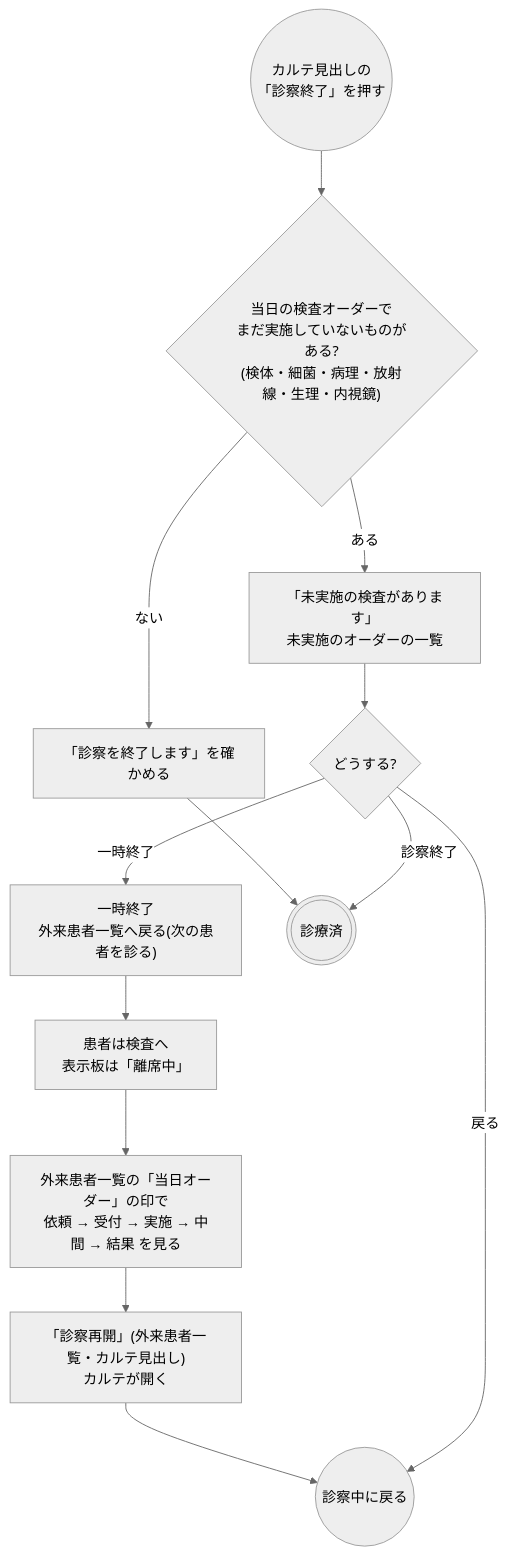
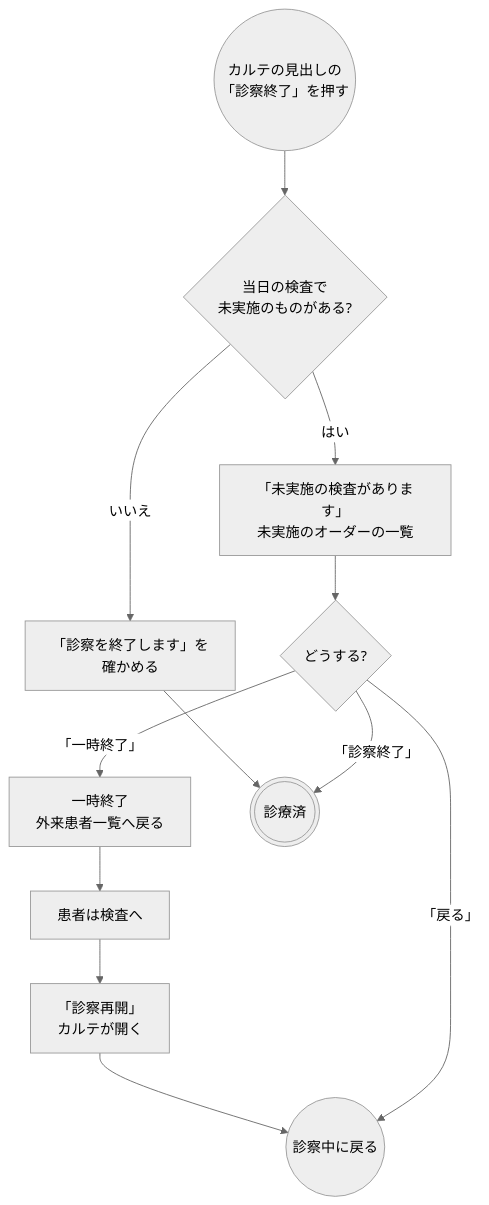
The sixth of 18 diagrams in docs/order-flows/outpatient.md (ysnr-dev/fhir-client), drawn with Mermaid (neutral theme) before and after one commit. The commit also changed other lines of this file and 14 other files, not shown here.

Commit message:
docs: 業務フローに書き方の決まりを追加し図と用語を整理

````diff
--- a/docs/order-flows/outpatient.md
+++ b/docs/order-flows/outpatient.md
@@ -221,21 +283,20 @@
 ```mermaid
 flowchart TD
-  finishBtn(("カルテ見出しの<br/>「診察終了」を押す"))
-  pendingQ{"当日の検査オーダーで<br/>まだ実施していないものがある?<br/>(検体・細菌・病理・放射線・生理・内視鏡)"}
-  confirm["「診察を終了します」を確かめる"]
+  finishBtn(("カルテの見出しの<br/>「診察終了」を押す"))
+  pendingQ{"当日の検査で<br/>未実施のものがある?"}
+  confirm["「診察を終了します」を<br/>確かめる"]
   choice["「未実施の検査があります」<br/>未実施のオーダーの一覧"]
   pick{"どうする?"}
-  paused["一時終了<br/>外来患者一覧へ戻る(次の患者を診る)"]
-  goExam["患者は検査へ<br/>表示板は「離席中」"]
-  orders["外来患者一覧の「当日オーダー」の印で<br/>依頼 → 受付 → 実施 → 中間 → 結果 を見る"]
-  resume["「診察再開」(外来患者一覧・カルテ見出し)<br/>カルテが開く"]
+  paused["一時終了<br/>外来患者一覧へ戻る"]
+  goExam["患者は検査へ"]
+  resume["「診察再開」<br/>カルテが開く"]
   again(("診察中に戻る"))
   finished((("診療済")))
 
   finishBtn --> pendingQ
-  pendingQ -- "ない" --> confirm --> finished
-  pendingQ -- "ある" --> choice --> pick
-  pick -- "一時終了" --> paused --> goExam --> orders --> resume --> again
-  pick -- "診察終了" --> finished
-  pick -- "戻る" --> again
+  pendingQ -- "いいえ" --> confirm --> finished
+  pendingQ -- "はい" --> choice --> pick
+  pick -- "「一時終了」" --> paused --> goExam --> resume --> again
+  pick -- "「診察終了」" --> finished
+  pick -- "「戻る」" --> again
 ```
````
